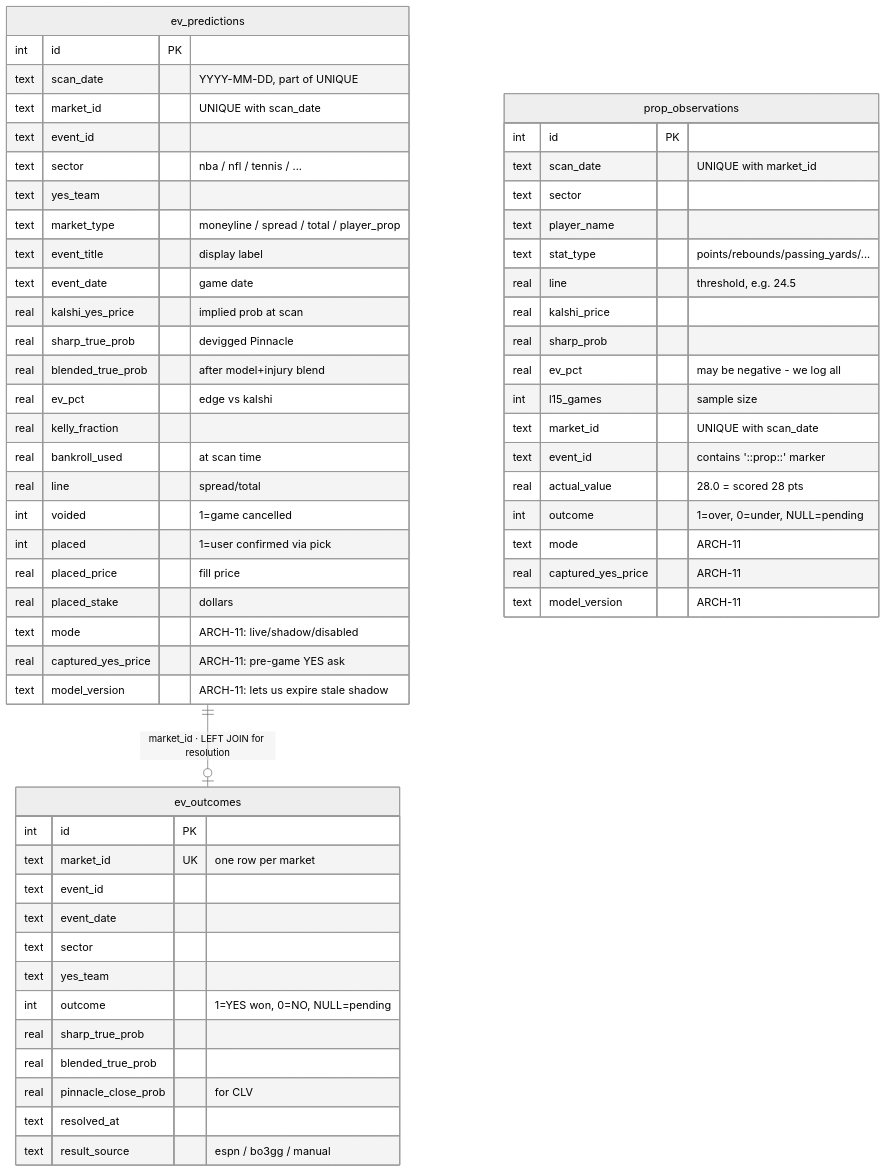
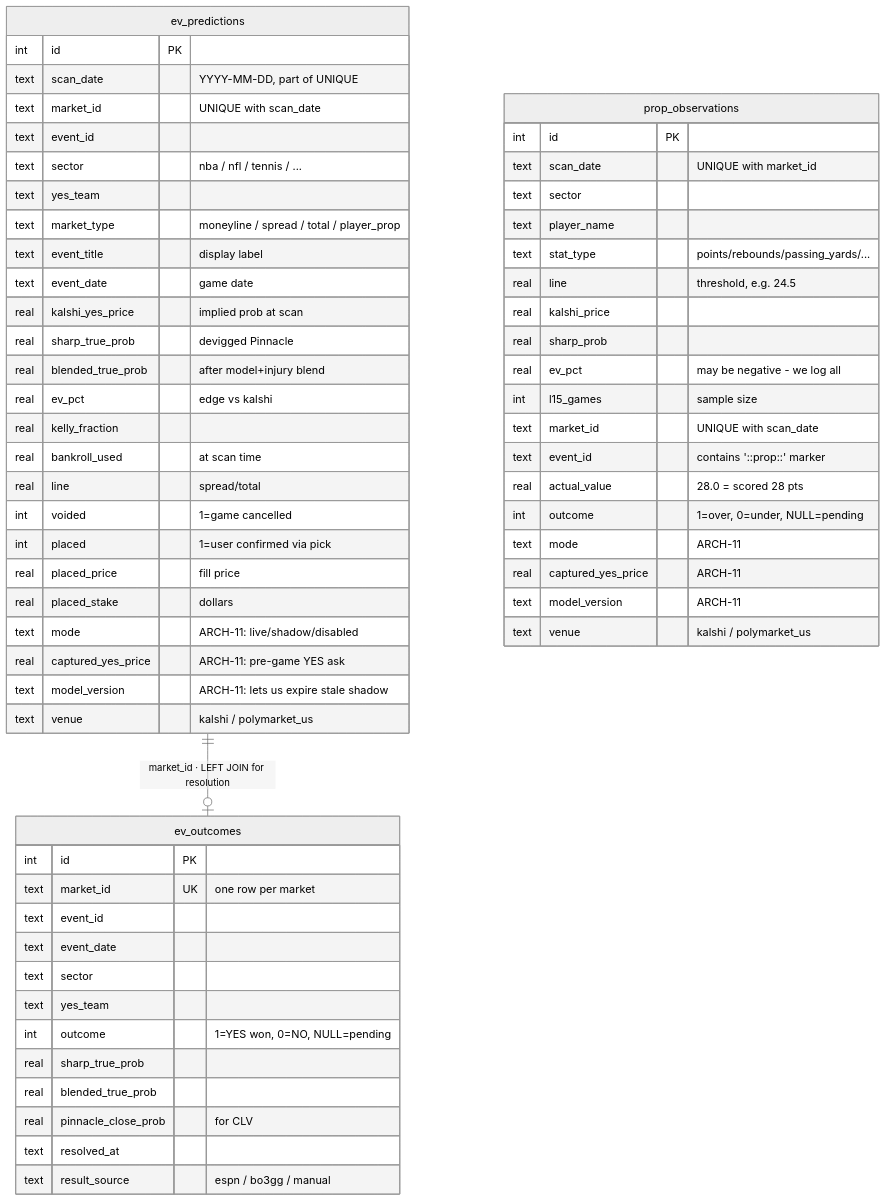
One commit to tzeng7/evmax-sim changed the second of 2 diagrams in CLAUDE.md. Above: the diagram before and after it, drawn with Mermaid (neutral theme). The commit also changed other lines of this file and 10 other files, not shown here.

First line of the commit message:
feat(venue): add multi-venue plumbing — venue column, EVGap.venue, CLI Ven text column

````diff
--- a/CLAUDE.md
+++ b/CLAUDE.md
@@ -394,64 +394,66 @@
 ```mermaid
 erDiagram
     ev_predictions ||--o| ev_outcomes : "market_id · LEFT JOIN for resolution"
     ev_predictions {
         int id PK
         text scan_date "YYYY-MM-DD, part of UNIQUE"
         text market_id "UNIQUE with scan_date"
         text event_id
         text sector "nba / nfl / tennis / ..."
         text yes_team
         text market_type "moneyline / spread / total / player_prop"
         text event_title "display label"
         text event_date "game date"
         real kalshi_yes_price "implied prob at scan"
         real sharp_true_prob "devigged Pinnacle"
         real blended_true_prob "after model+injury blend"
         real ev_pct "edge vs kalshi"
         real kelly_fraction
         real bankroll_used "at scan time"
         real line "spread/total"
         int voided "1=game cancelled"
         int placed "1=user confirmed via pick"
         real placed_price "fill price"
         real placed_stake "dollars"
         text mode "ARCH-11: live/shadow/disabled"
         real captured_yes_price "ARCH-11: pre-game YES ask"
         text model_version "ARCH-11: lets us expire stale shadow"
+        text venue "kalshi / polymarket_us"
     }
 
     prop_observations {
         int id PK
         text scan_date "UNIQUE with market_id"
         text sector
         text player_name
         text stat_type "points/rebounds/passing_yards/..."
         real line "threshold, e.g. 24.5"
         real kalshi_price
         real sharp_prob
         real ev_pct "may be negative - we log all"
         int l15_games "sample size"
         text market_id "UNIQUE with scan_date"
         text event_id "contains '::prop::' marker"
         real actual_value "28.0 = scored 28 pts"
         int outcome "1=over, 0=under, NULL=pending"
         text mode "ARCH-11"
         real captured_yes_price "ARCH-11"
         text model_version "ARCH-11"
+        text venue "kalshi / polymarket_us"
     }
 
     ev_outcomes {
         int id PK
         text market_id UK "one row per market"
         text event_id
         text event_date
         text sector
         text yes_team
         int outcome "1=YES won, 0=NO, NULL=pending"
         real sharp_true_prob
         real blended_true_prob
         real pinnacle_close_prob "for CLV"
         text resolved_at
         text result_source "espn / bo3gg / manual"
     }
 ```
````
